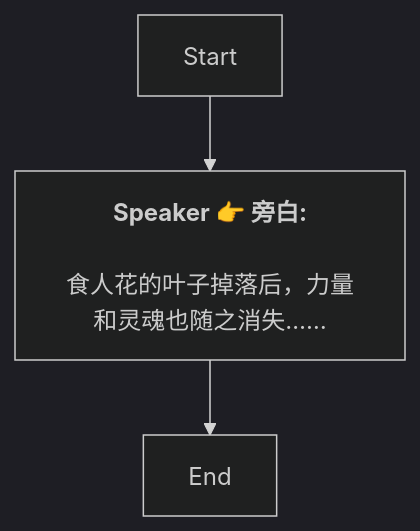
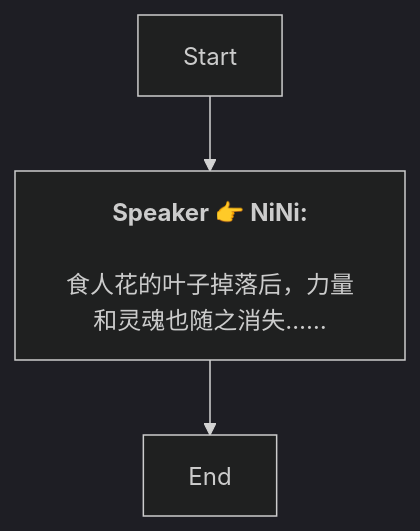
The diagram in Zh/Dialog_55189495687270.md (SoftHu/tos_avg), drawn with Mermaid (dark theme) before and after one commit. The commit also changed 737 other files, not shown here.

````diff
--- a/Zh/Dialog_55189495687270.md
+++ b/Zh/Dialog_55189495687270.md
@@ -1,8 +1,7 @@
 ```mermaid
 graph
-Start -->1766064932543214[<b>Speaker 👉 旁白:</b>
-
-食人花的叶子掉落后，力量和灵魂也随之消失……]
+Start -->1766064932543214[<b>Speaker 👉 NiNi:</b>
+\n食人花的叶子掉落后，力量和灵魂也随之消失……]
 1766064932543214 -->1766064972700399[End]
 
- ```
+```
````
